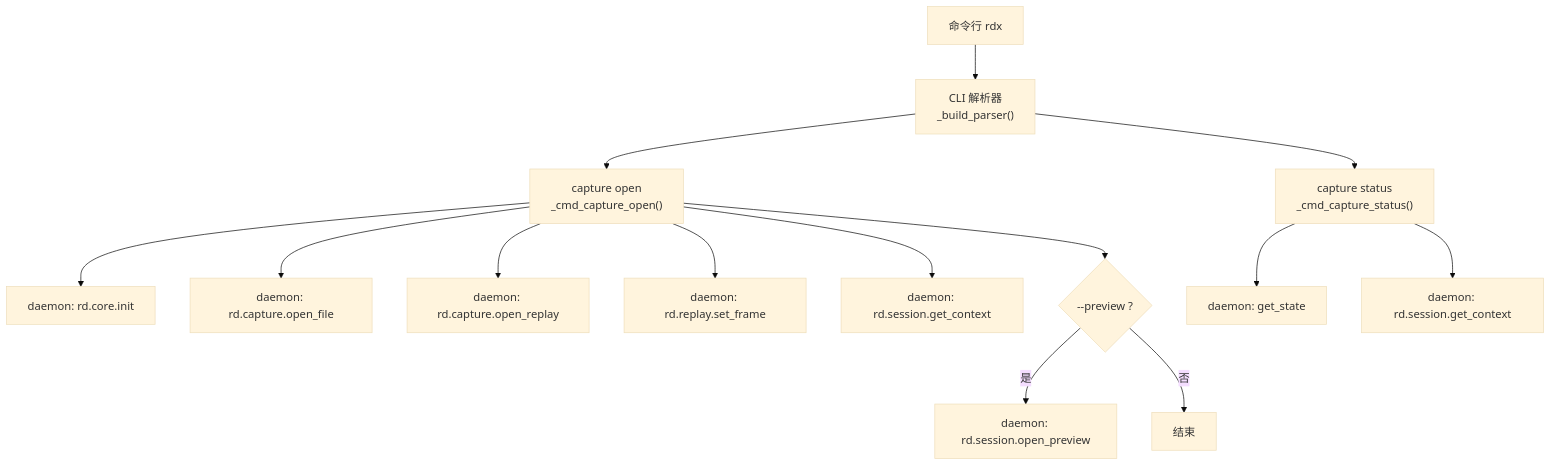
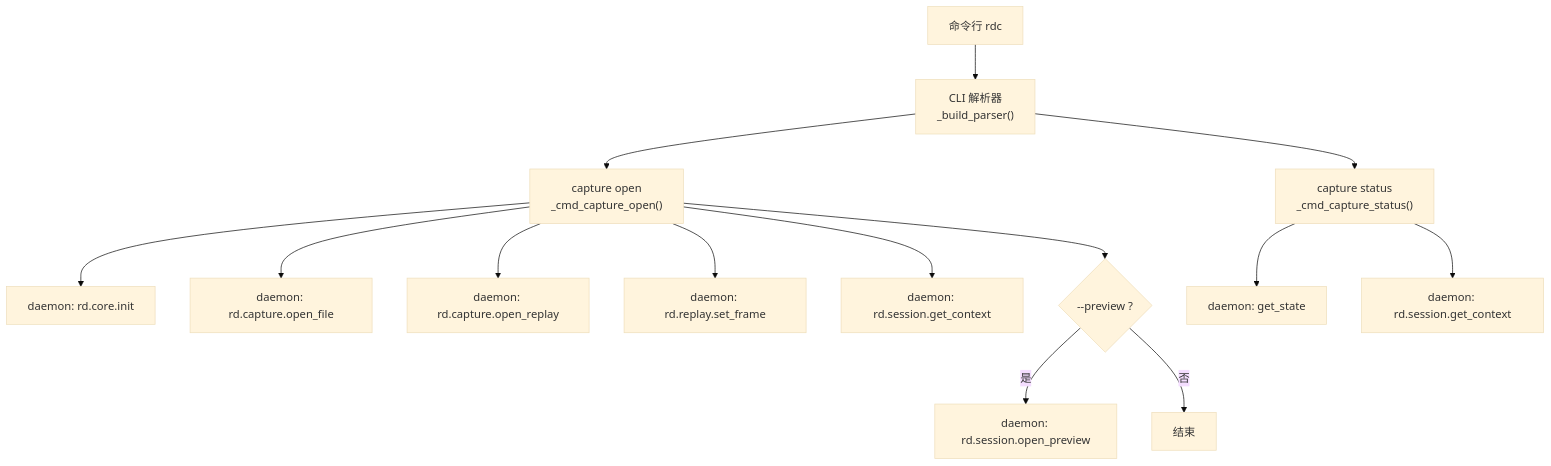
One commit to haolange/RDC-Tool changed the first of 4 diagrams in .qoder/repowiki/zh/content/CLI参考手册/捕获文件操作命令.md. Above: the diagram before and after it, drawn with Mermaid (base theme). The commit also changed other lines of this file and 388 other files, not shown here.

````diff
--- a/.qoder/repowiki/zh/content/CLI参考手册/捕获文件操作命令.md
+++ b/.qoder/repowiki/zh/content/CLI参考手册/捕获文件操作命令.md
@@ -37,16 +37,16 @@
 ```mermaid
 graph TB
-A["命令行 rdx"] --> B["CLI 解析器<br/>_build_parser()"]
+A["命令行 rdc"] --> B["CLI 解析器<br/>_build_parser()"]
 B --> C["capture open<br/>_cmd_capture_open()"]
 B --> D["capture status<br/>_cmd_capture_status()"]
 C --> E["daemon: rd.core.init"]
 C --> F["daemon: rd.capture.open_file"]
 C --> G["daemon: rd.capture.open_replay"]
 C --> H["daemon: rd.replay.set_frame"]
 C --> I["daemon: rd.session.get_context"]
 C --> J{"--preview ?"}
 J --> |是| K["daemon: rd.session.open_preview"]
 J --> |否| L["结束"]
 D --> M["daemon: get_state"]
 D --> N["daemon: rd.session.get_context"]
 ```
````
